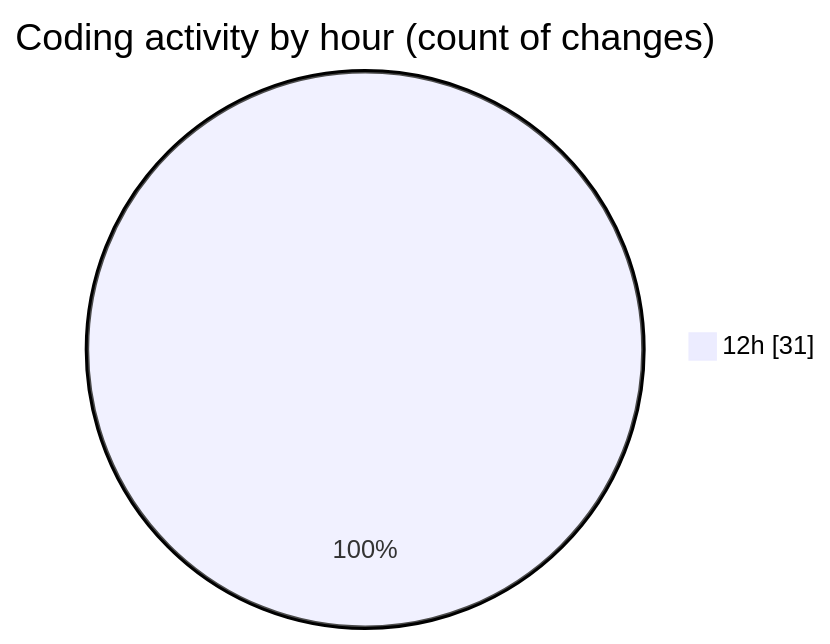
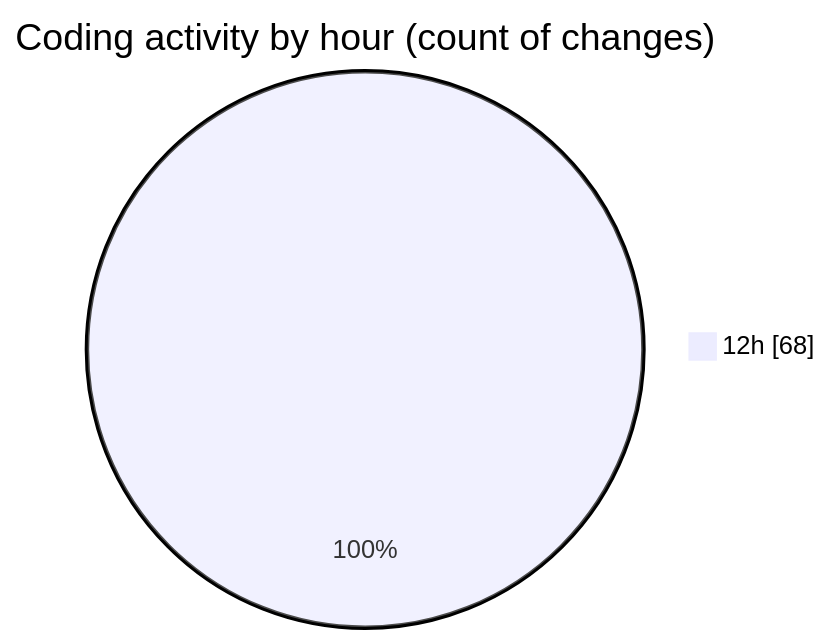
One commit to Ritupan-Deka/code-tracking changed the second of 2 diagrams in 2025-12-28/rust/README.md. Above: the diagram before and after it, drawn with Mermaid. The commit also changed other lines of this file and 1 other file, not shown here.

````diff
--- a/2025-12-28/rust/README.md
+++ b/2025-12-28/rust/README.md
@@ -28,5 +28,5 @@
 ```mermaid
 pie showData
 title Coding activity by hour (count of changes)
-"12h" : 31
+"12h" : 68
 ```
````
